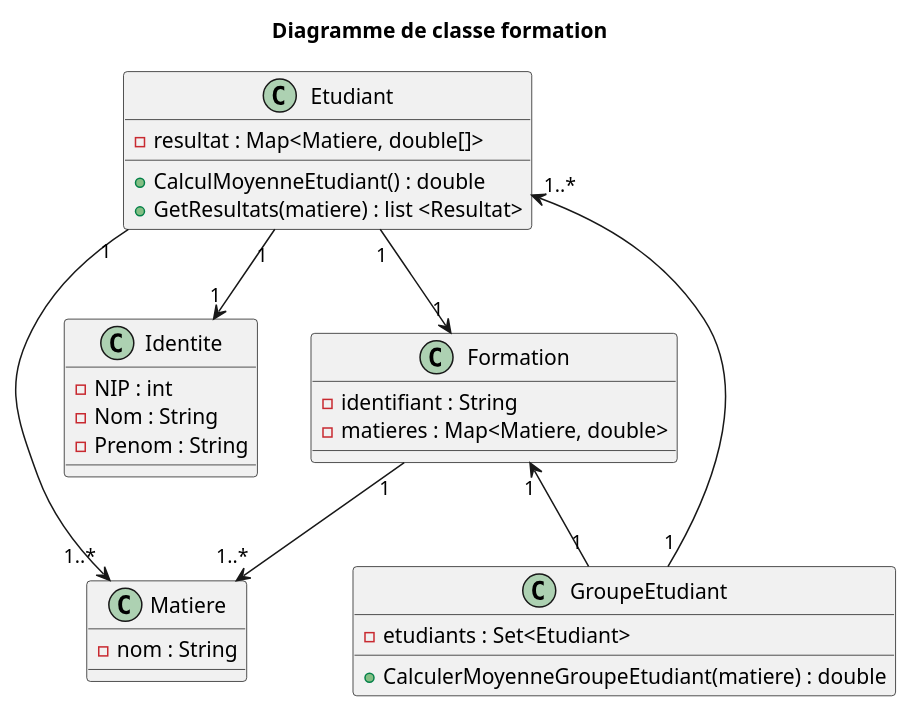
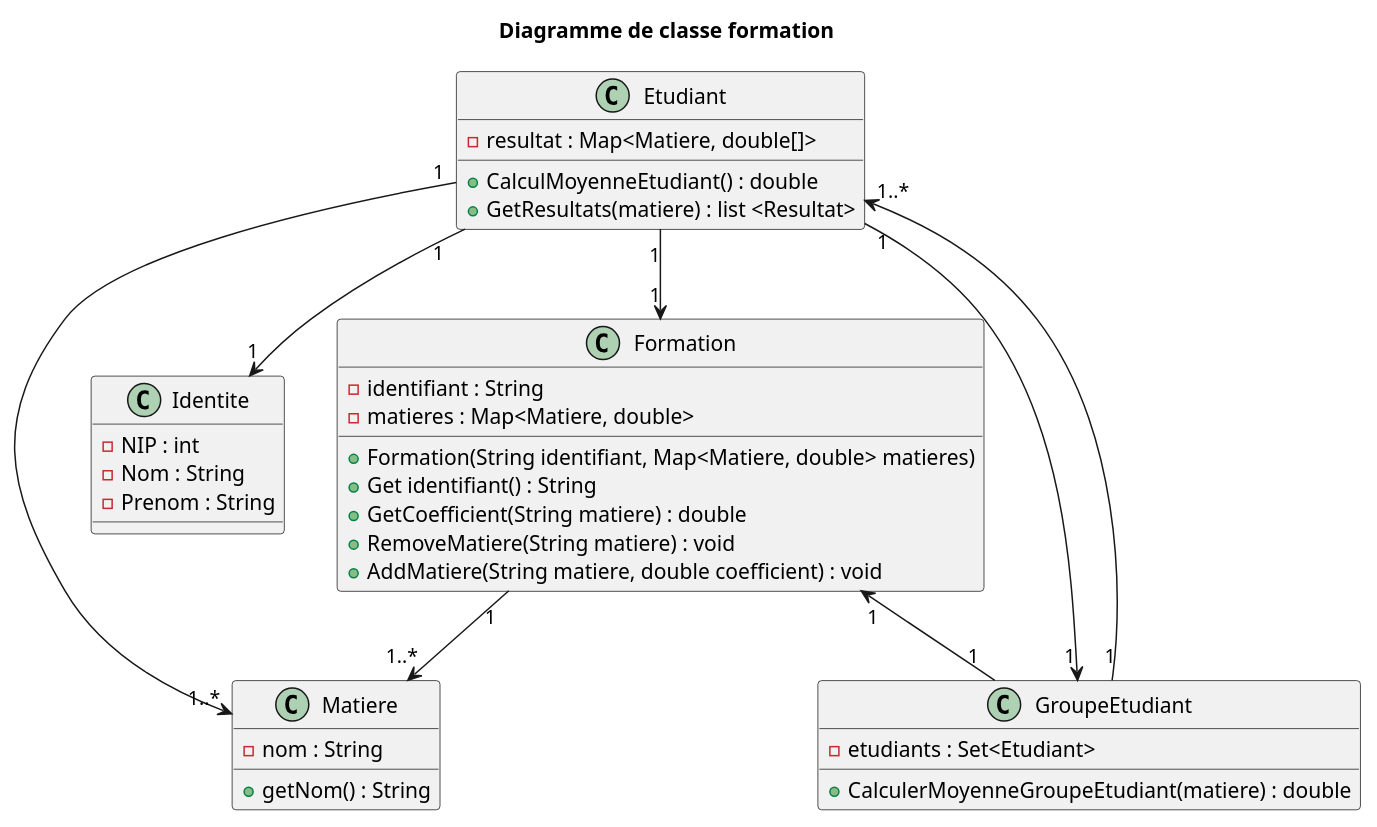
The diagram in collection/target/classes/resources/diagClasse.puml (Baloo54/TpCollection), drawn with PlantUML before and after one commit. The commit also changed 4 other files, not shown here.

Commit message:
Classe Formation et Fix diagrammes

```diff
--- a/collection/target/classes/resources/diagClasse.puml
+++ b/collection/target/classes/resources/diagClasse.puml
@@ -1,37 +1,44 @@
 @startuml diagramme de classe formation
 title Diagramme de classe formation
 class Etudiant {
     - resultat : Map<Matiere, double[]>
     + CalculMoyenneEtudiant() : double
     + GetResultats(matiere) : list <Resultat>
 }
 
 class Matiere {
     - nom : String
+    + getNom() : String
 }
 
 class Identite {
     - NIP : int
     - Nom : String
     - Prenom : String
 }
 
 class Formation {
     - identifiant : String
     - matieres : Map<Matiere, double>
+    + Formation(String identifiant, Map<Matiere, double> matieres)
+    + Get identifiant() : String
+    + GetCoefficient(String matiere) : double
+    + RemoveMatiere(String matiere) : void
+    + AddMatiere(String matiere, double coefficient) : void
 }
 
 class GroupeEtudiant {
     - etudiants : Set<Etudiant>
     + CalculerMoyenneGroupeEtudiant(matiere) : double
 }
 
 Etudiant "1" --> "1" Identite
 Etudiant "1" --> "1..*" Matiere
 Etudiant "1" --> "1" Formation
 Formation "1" --> "1..*" Matiere
 Formation "1" <-- "1" GroupeEtudiant
+Etudiant "1" --> "1" GroupeEtudiant
 GroupeEtudiant "1" --> "1..*" Etudiant
 
 
 @enduml
```
